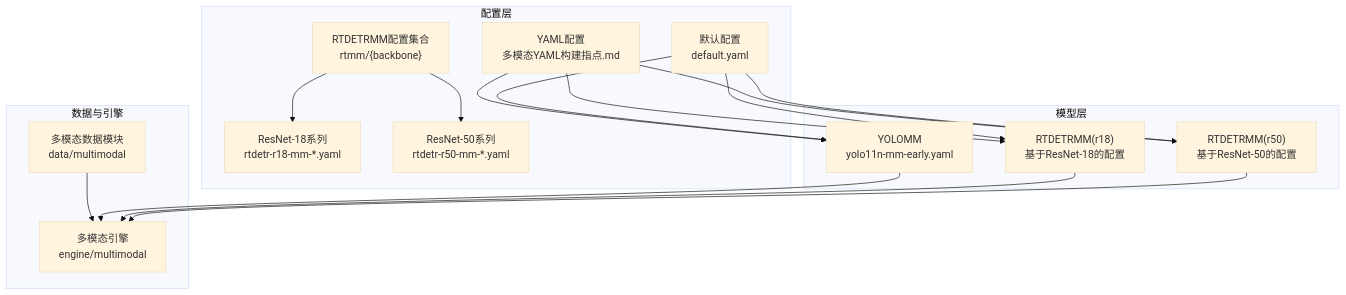
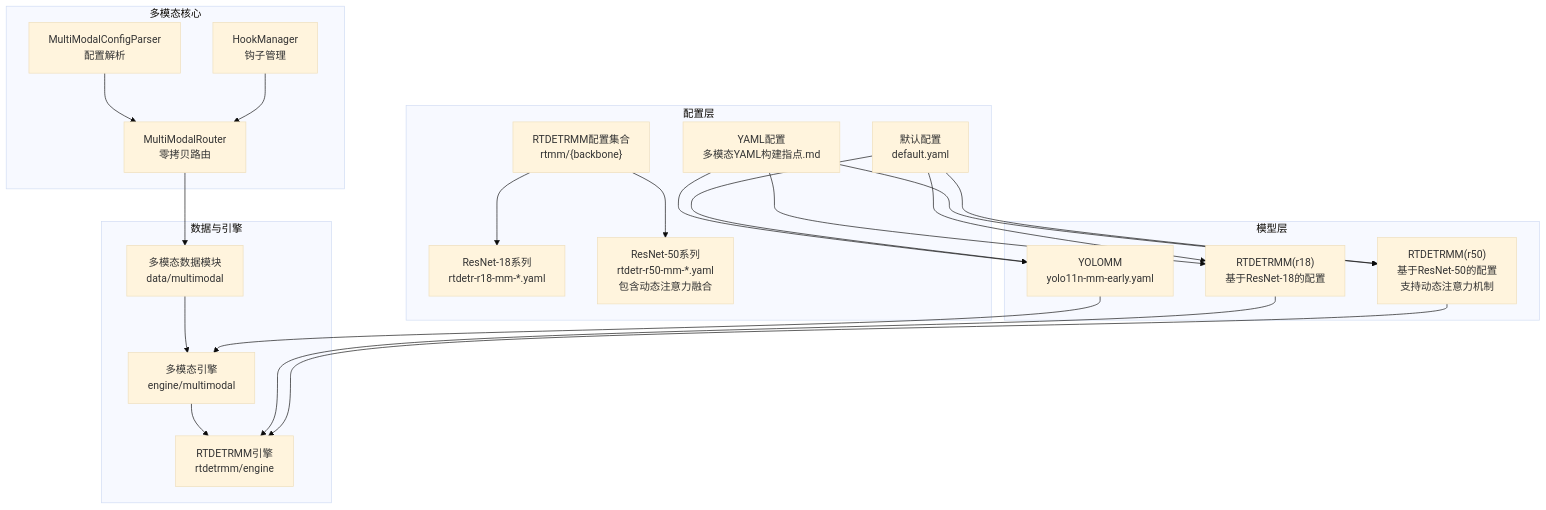
The second of 6 diagrams in .qoder/repowiki/zh/content/模型配置与管理/模型配置与管理.md (2208754827/MM-IMPROVE), drawn with Mermaid (base theme) before and after one commit. The commit also changed other lines of this file and 411 other files, not shown here.

````diff
--- a/.qoder/repowiki/zh/content/模型配置与管理/模型配置与管理.md
+++ b/.qoder/repowiki/zh/content/模型配置与管理/模型配置与管理.md
@@ -106,29 +124,39 @@
 ```mermaid
 graph TB
 subgraph "配置层"
 CFG["YAML配置<br/>多模态YAML构建指点.md"]
 DEF["默认配置<br/>default.yaml"]
 END["RTDETRMM配置集合<br/>rtmm/{backbone}"]
 END --> END1["ResNet-18系列<br/>rtdetr-r18-mm-*.yaml"]
-END --> END2["ResNet-50系列<br/>rtdetr-r50-mm-*.yaml"]
+END --> END2["ResNet-50系列<br/>rtdetr-r50-mm-*.yaml<br/>包含动态注意力融合"]
 end
 subgraph "模型层"
 YMM["YOLOMM<br/>yolo11n-mm-early.yaml"]
 RMM18["RTDETRMM(r18)<br/>基于ResNet-18的配置"]
-RMM50["RTDETRMM(r50)<br/>基于ResNet-50的配置"]
+RMM50["RTDETRMM(r50)<br/>基于ResNet-50的配置<br/>支持动态注意力机制"]
+end
+subgraph "多模态核心"
+ROUTER["MultiModalRouter<br/>零拷贝路由"]
+PARSER["MultiModalConfigParser<br/>配置解析"]
+HOOK["HookManager<br/>钩子管理"]
 end
 subgraph "数据与引擎"
 DATA["多模态数据模块<br/>data/multimodal"]
 ENG["多模态引擎<br/>engine/multimodal"]
+ENDENG["RTDETRMM引擎<br/>rtdetrmm/engine"]
 end
 CFG --> YMM
 CFG --> RMM18
 CFG --> RMM50
 DEF --> YMM
 DEF --> RMM18
 DEF --> RMM50
+ROUTER --> DATA
+PARSER --> ROUTER
+HOOK --> ROUTER
 DATA --> ENG
+ENG --> ENDENG
 YMM --> ENG
-RMM18 --> ENG
-RMM50 --> ENG
+RMM18 --> ENDENG
+RMM50 --> ENDENG
 ```
````
